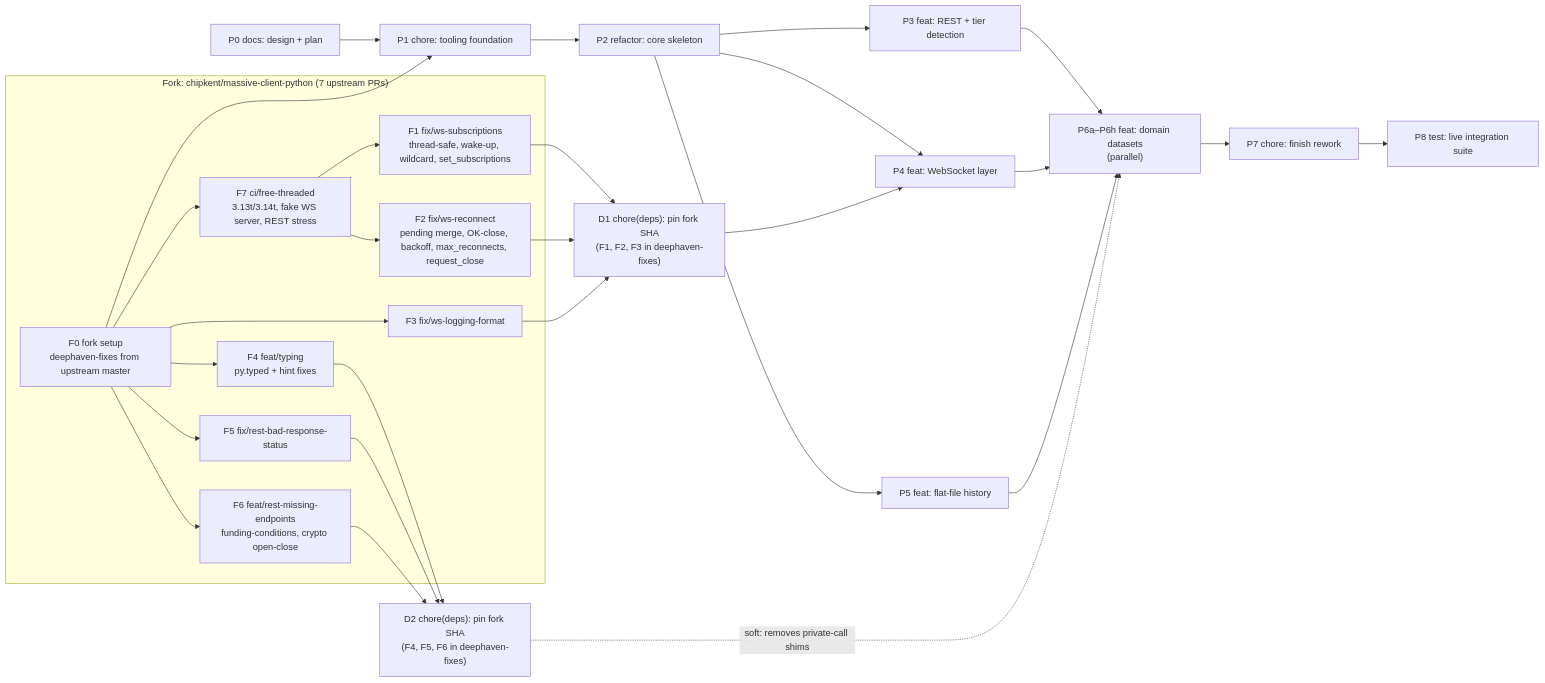
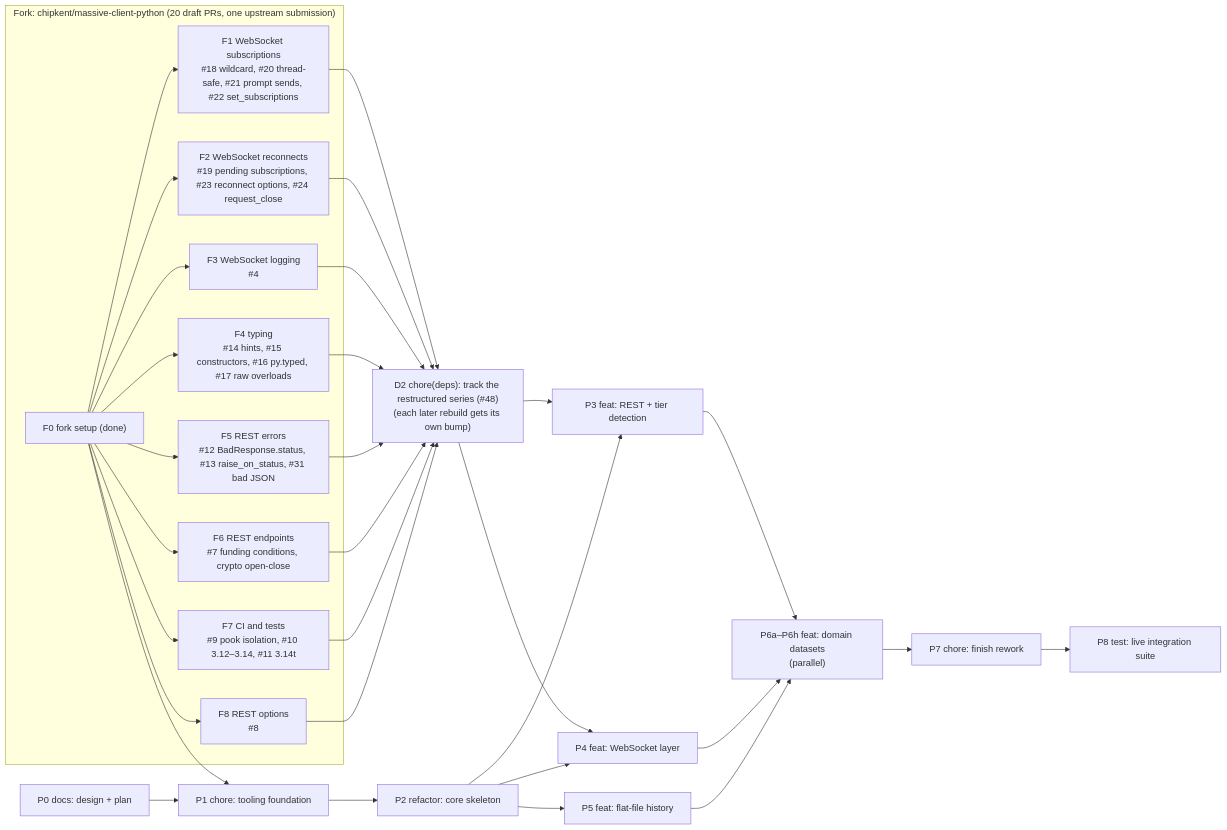
One commit to chipkent/deephaven-massive changed the diagram in plans/rework/PLAN.md. Above: the diagram before and after it, drawn with Mermaid. The commit also changed other lines of this file and 1 other file, not shown here.

First line of the commit message:
docs: describe the restructured massive fork series

````diff
--- a/plans/rework/PLAN.md
+++ b/plans/rework/PLAN.md
@@ -59,33 +59,29 @@
 ```mermaid
 flowchart LR
-    subgraph fork["Fork: chipkent/massive-client-python (7 upstream PRs)"]
-        F0["F0 fork setup<br/>deephaven-fixes from upstream master"]
-        F7["F7 ci/free-threaded<br/>3.13t/3.14t, fake WS server, REST stress"]
-        F1["F1 fix/ws-subscriptions<br/>thread-safe, wake-up, wildcard, set_subscriptions"]
-        F2["F2 fix/ws-reconnect<br/>pending merge, OK-close, backoff, max_reconnects, request_close"]
-        F3["F3 fix/ws-logging-format"]
-        F4["F4 feat/typing<br/>py.typed + hint fixes"]
-        F5["F5 fix/rest-bad-response-status"]
-        F6["F6 feat/rest-missing-endpoints<br/>funding-conditions, crypto open-close"]
-        F0 --> F7
-        F7 --> F1 & F2
-        F0 --> F3 & F4 & F5 & F6
+    subgraph fork["Fork: chipkent/massive-client-python (20 draft PRs, one upstream submission)"]
+        F0["F0 fork setup (done)"]
+        F1["F1 WebSocket subscriptions<br/>#18 wildcard, #20 thread-safe, #21 prompt sends, #22 set_subscriptions"]
+        F2["F2 WebSocket reconnects<br/>#19 pending subscriptions, #23 reconnect options, #24 request_close"]
+        F3["F3 WebSocket logging<br/>#4"]
+        F4["F4 typing<br/>#14 hints, #15 constructors, #16 py.typed, #17 raw overloads"]
+        F5["F5 REST errors<br/>#12 BadResponse.status, #13 raise_on_status, #31 bad JSON"]
+        F6["F6 REST endpoints<br/>#7 funding conditions, crypto open-close"]
+        F7["F7 CI and tests<br/>#9 pook isolation, #10 3.12–3.14, #11 3.14t"]
+        F8["F8 REST options<br/>#8"]
+        F0 --> F1 & F2 & F3 & F4 & F5 & F6 & F7 & F8
     end
 
-    D1["D1 chore(deps): pin fork SHA<br/>(F1, F2, F3 in deephaven-fixes)"]
-    D2["D2 chore(deps): pin fork SHA<br/>(F4, F5, F6 in deephaven-fixes)"]
-    F1 & F2 & F3 --> D1
-    F4 & F5 & F6 --> D2
+    D2["D2 chore(deps): track the restructured series (#48)<br/>(each later rebuild gets its own bump)"]
+    F1 & F2 & F3 & F4 & F5 & F6 & F7 & F8 --> D2
 
     P0["P0 docs: design + plan"] --> P1["P1 chore: tooling foundation"]
     F0 --> P1
     P1 --> P2["P2 refactor: core skeleton"]
     P2 --> P3["P3 feat: REST + tier detection"]
     P2 --> P4["P4 feat: WebSocket layer"]
     P2 --> P5["P5 feat: flat-file history"]
-    D1 --> P4
+    D2 --> P3 & P4
     P3 & P4 & P5 --> P6["P6a–P6h feat: domain datasets<br/>(parallel)"]
-    D2 -. "soft: removes private-call shims" .-> P6
     P6 --> P7["P7 chore: finish rework"]
     P7 --> P8["P8 test: live integration suite"]
 ```
````
